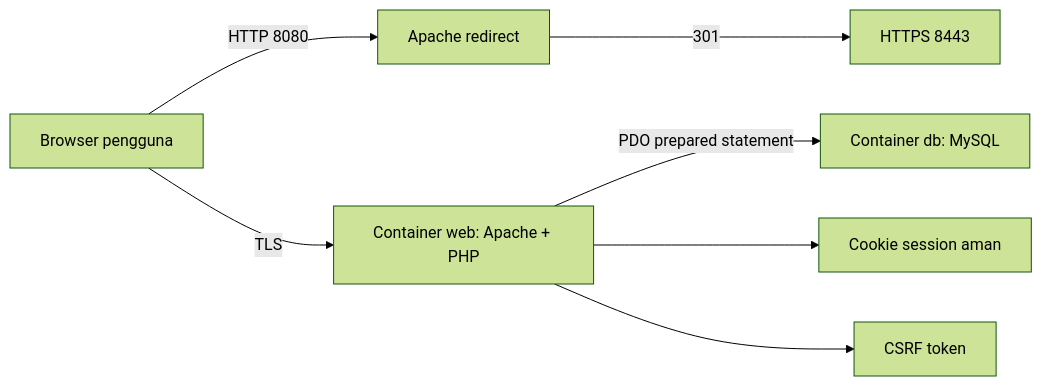
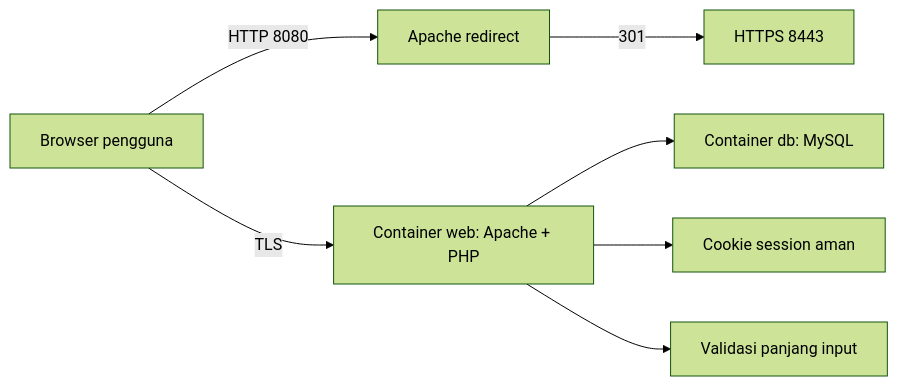
One commit to ArdeezYy/mawang_clo2 changed the diagram in docs/DOKUMENTASI_APLIKASI.md. Above: the diagram before and after it, drawn with Mermaid (forest theme). The commit also changed other lines of this file and 13 other files, not shown here.

````diff
--- a/docs/DOKUMENTASI_APLIKASI.md
+++ b/docs/DOKUMENTASI_APLIKASI.md
@@ -49,9 +46,9 @@
 ```mermaid
 flowchart LR
     Browser["Browser pengguna"] -->|HTTP 8080| Redirect["Apache redirect"]
     Redirect -->|301| HTTPS["HTTPS 8443"]
     Browser -->|TLS| Web["Container web: Apache + PHP"]
-    Web -->|PDO prepared statement| DB["Container db: MySQL"]
+    Web --> DB["Container db: MySQL"]
     Web --> Session["Cookie session aman"]
-    Web --> CSRF["CSRF token"]
+    Web --> Limit["Validasi panjang input"]
 ```
````
